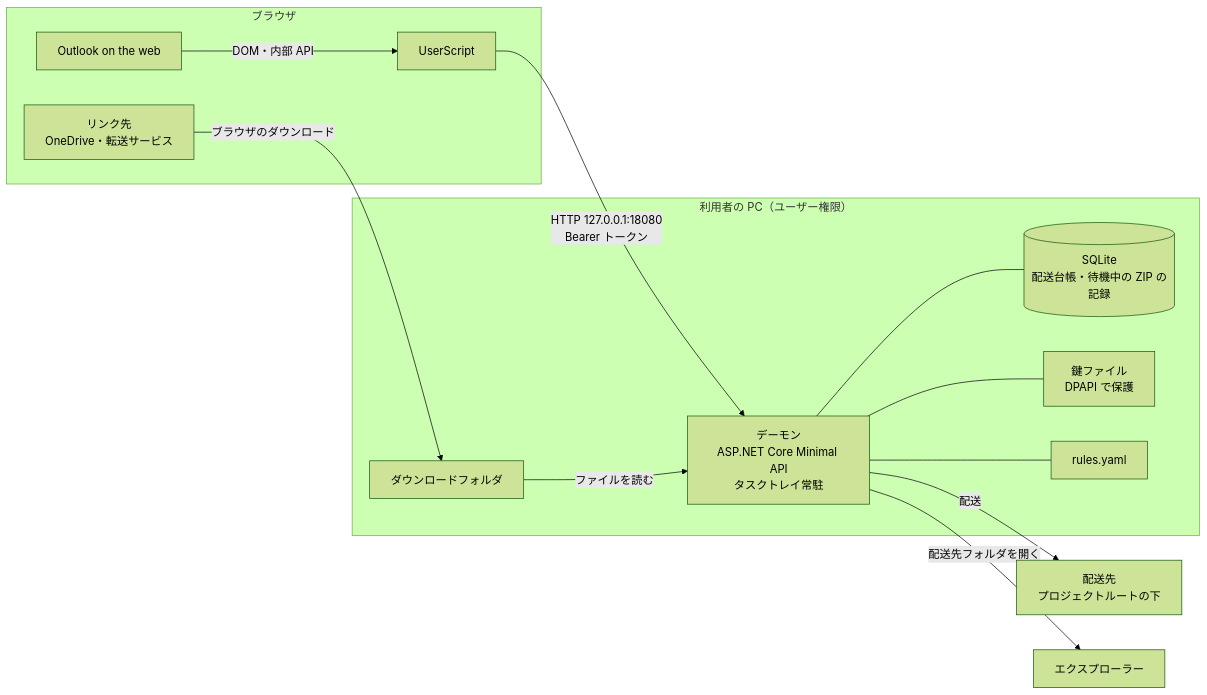
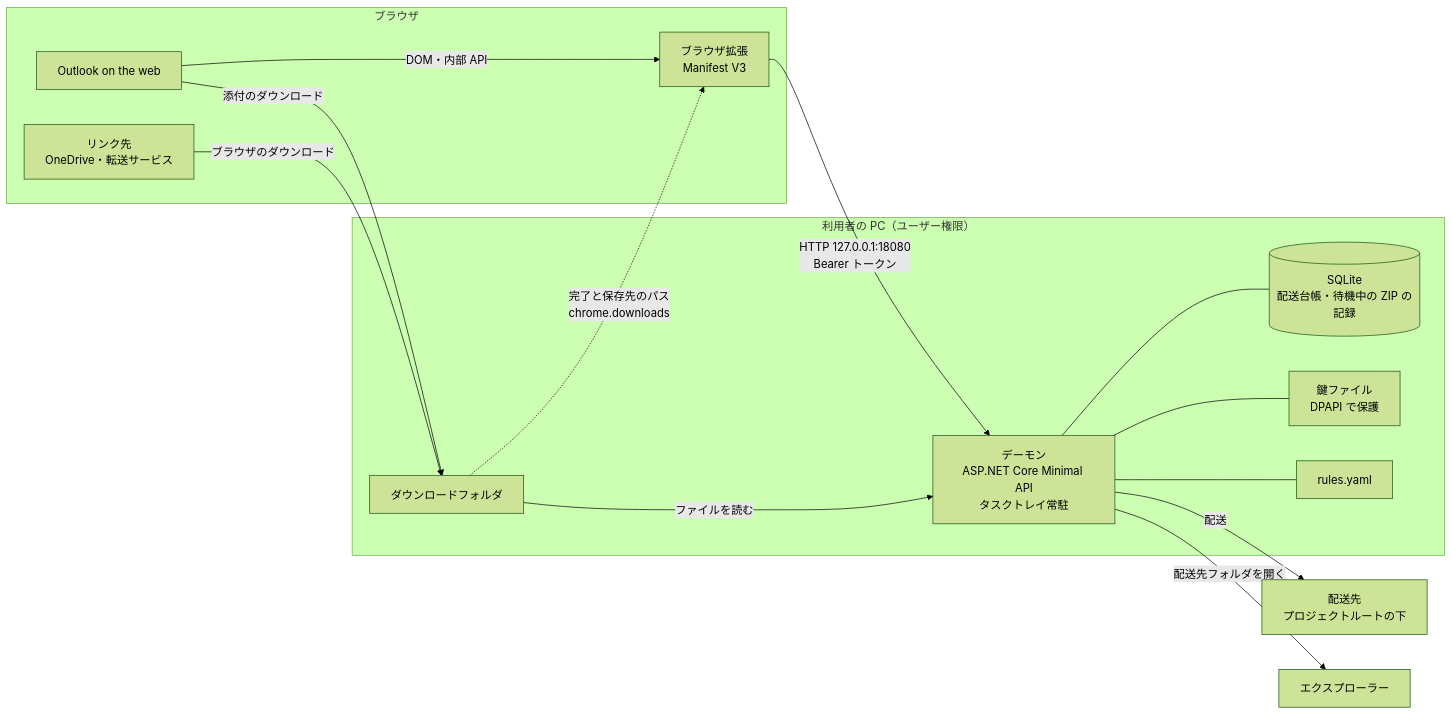
The first of 5 diagrams in docs/ARCHITECTURE.md (ShortArrow/ppapd), drawn with Mermaid (forest theme) before and after one commit. The commit also changed other lines of this file and 4 other files, not shown here.

````diff
--- a/docs/ARCHITECTURE.md
+++ b/docs/ARCHITECTURE.md
@@ -7,29 +7,31 @@
 ```mermaid
 flowchart LR
     subgraph Browser["ブラウザ"]
         OWA["Outlook on the web"]
-        US["UserScript"]
+        US["ブラウザ拡張<br/>Manifest V3"]
         LINK["リンク先<br/>OneDrive・転送サービス"]
         OWA -- "DOM・内部 API" --> US
     end
 
     subgraph PC["利用者の PC（ユーザー権限）"]
         DL["ダウンロードフォルダ"]
         D["デーモン<br/>ASP.NET Core Minimal API<br/>タスクトレイ常駐"]
         DB[("SQLite<br/>配送台帳・待機中の ZIP の記録")]
         KEY["鍵ファイル<br/>DPAPI で保護"]
         CFG["rules.yaml"]
         D --- DB
         D --- KEY
         D --- CFG
     end
 
     DEST["配送先<br/>プロジェクトルートの下"]
     EXP["エクスプローラー"]
 
+    OWA -- "添付のダウンロード" --> DL
     LINK -- "ブラウザのダウンロード" --> DL
+    DL -. "完了と保存先のパス<br/>chrome.downloads" .-> US
     US -- "HTTP 127.0.0.1:18080<br/>Bearer トークン" --> D
     DL -- "ファイルを読む" --> D
     D -- "配送" --> DEST
     D -- "配送先フォルダを開く" --> EXP
 ```
````
